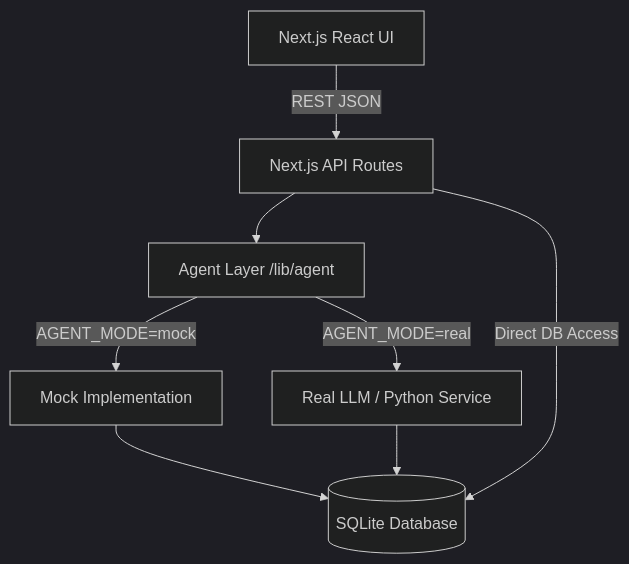
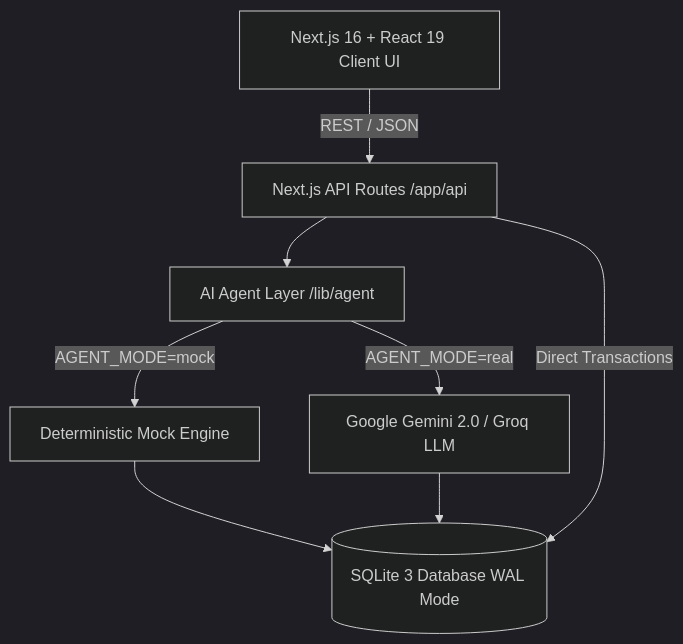
The diagram in README.md (coder-soumyadip29/E_Commerce-Agent), drawn with Mermaid (dark theme) before and after one commit. The commit also changed other lines of this file, not shown here.

Commit message:
docs: update README with Cartwise Plus luxury theme, folder architecture, and full-screen & mobile documentation

````diff
--- a/README.md
+++ b/README.md
@@ -53,10 +70,10 @@
 ```mermaid
 graph TD
-    UI[Next.js React UI] -->|REST JSON| API[Next.js API Routes]
-    API --> AgentLayer[Agent Layer /lib/agent]
-    AgentLayer -- AGENT_MODE=mock --> MockAgent[Mock Implementation]
-    AgentLayer -- AGENT_MODE=real --> RealAgent[Real LLM / Python Service]
-    MockAgent --> DB[(SQLite Database)]
+    UI[Next.js 16 + React 19 Client UI] -->|REST / JSON| API[Next.js API Routes /app/api]
+    API --> AgentLayer[AI Agent Layer /lib/agent]
+    AgentLayer -- AGENT_MODE=mock --> MockAgent[Deterministic Mock Engine]
+    AgentLayer -- AGENT_MODE=real --> RealAgent[Google Gemini 2.0 / Groq LLM]
+    MockAgent --> DB[(SQLite 3 Database WAL Mode)]
     RealAgent --> DB
-    API -->|Direct DB Access| DB
+    API -->|Direct Transactions| DB
 ```
````
